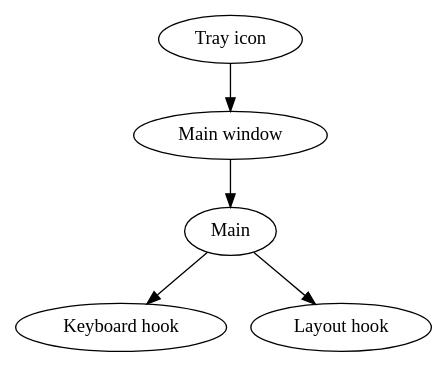
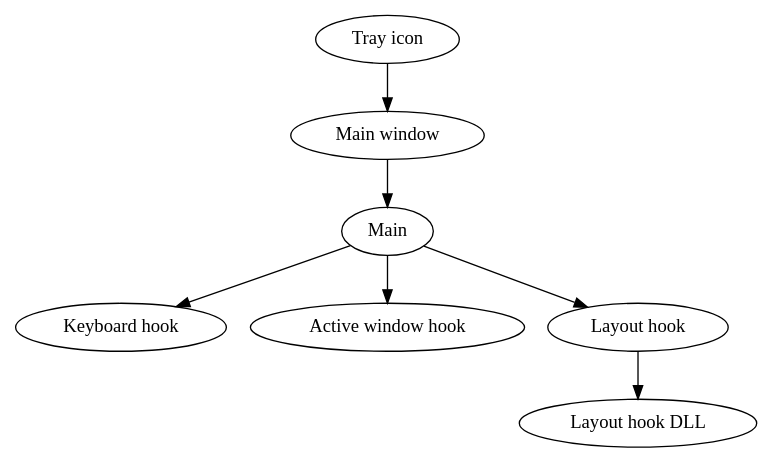
The diagram in diagrams/shutdown.dot (Rudokhvist/keyla), drawn with Graphviz before and after one commit. The commit also changed 27 other files, not shown here.

Commit message:
(in progress) Fixing Issue 1. Tried to get keyboard layout in command prompt windows calling GetKeyboardLayout() within target process, but it did not help. I'll rollback in the next program revision.

```diff
--- a/diagrams/shutdown.dot
+++ b/diagrams/shutdown.dot
@@ -1,12 +1,16 @@
 digraph initialization{	
-	Ti[label="Tray icon", pos="1,4!"]
-	Mw[label="Main window", pos="1,3!"]
-	Main[pos="1,2!"]
-	Kh[label="Keyboard hook", pos="0,1!"]
-	Lh[label="Layout hook", pos="2,1!"]
+	Ti[label="Tray icon", pos="2.5,5!"]
+	Mw[label="Main window", pos="2.5,4!"]
+	Main[pos="2.5,3!"]
+	Kh[label="Keyboard hook", pos="0,2!"]
+	Ah[label="Active window hook", pos="2.5,2!"]
+	Lh[label="Layout hook", pos="5,2!"]
+	Lhd[label="Layout hook DLL", pos="5,1!"]
 	
 	Ti -> Mw
 	Mw -> Main
 	Main -> Kh
+	Main -> Ah
 	Main -> Lh
+	Lh -> Lhd
 }
```
